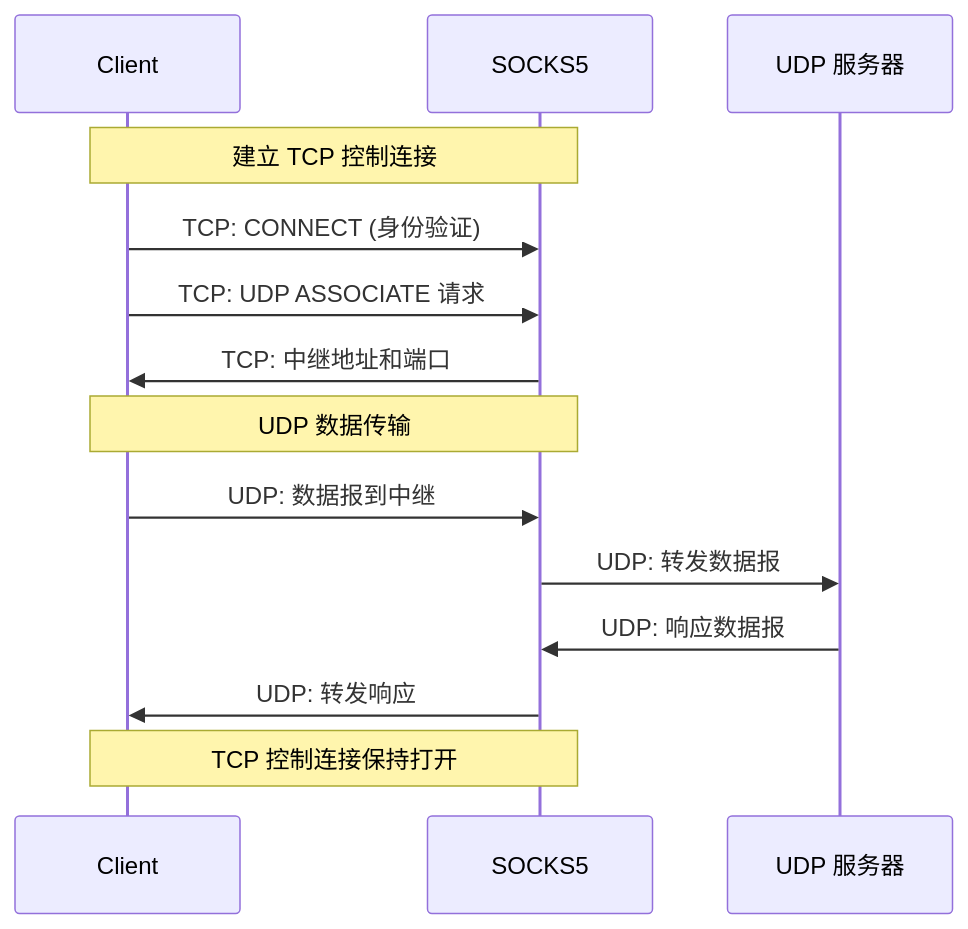
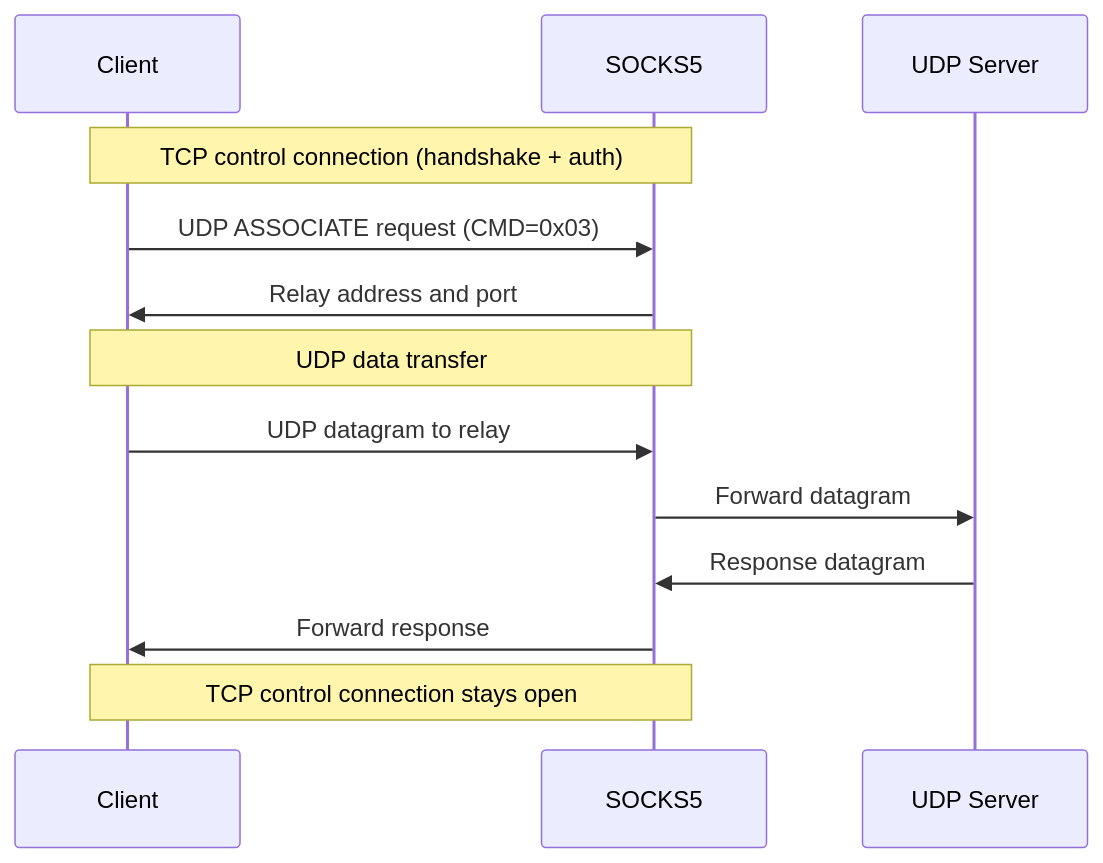
The second of 3 diagrams in docs/zh/deep-dive/network/socks-proxies.md (autoscrape-labs/pydoll), drawn with Mermaid before and after one commit. The commit also changed other lines of this file and 9 other files, not shown here.

````diff
--- a/docs/zh/deep-dive/network/socks-proxies.md
+++ b/docs/zh/deep-dive/network/socks-proxies.md
@@ -268,19 +162,18 @@
 ```mermaid
 sequenceDiagram
     participant Client
     participant SOCKS5
-    participant UDP_Server as UDP 服务器
-    
-    Note over Client,SOCKS5: 建立 TCP 控制连接
-    Client->>SOCKS5: TCP: CONNECT (身份验证)
-    Client->>SOCKS5: TCP: UDP ASSOCIATE 请求
-    SOCKS5->>Client: TCP: 中继地址和端口
-    
-    Note over Client,SOCKS5: UDP 数据传输
-    Client->>SOCKS5: UDP: 数据报到中继
-    SOCKS5->>UDP_Server: UDP: 转发数据报
-    UDP_Server->>SOCKS5: UDP: 响应数据报
-    SOCKS5->>Client: UDP: 转发响应
-    
-    Note over Client,SOCKS5: TCP 控制连接保持打开
+    participant UDP_Server as UDP Server
+
+    Note over Client,SOCKS5: TCP control connection (handshake + auth)
+    Client->>SOCKS5: UDP ASSOCIATE request (CMD=0x03)
+    SOCKS5->>Client: Relay address and port
+
+    Note over Client,SOCKS5: UDP data transfer
+    Client->>SOCKS5: UDP datagram to relay
+    SOCKS5->>UDP_Server: Forward datagram
+    UDP_Server->>SOCKS5: Response datagram
+    SOCKS5->>Client: Forward response
+
+    Note over Client,SOCKS5: TCP control connection stays open
 ```
````
